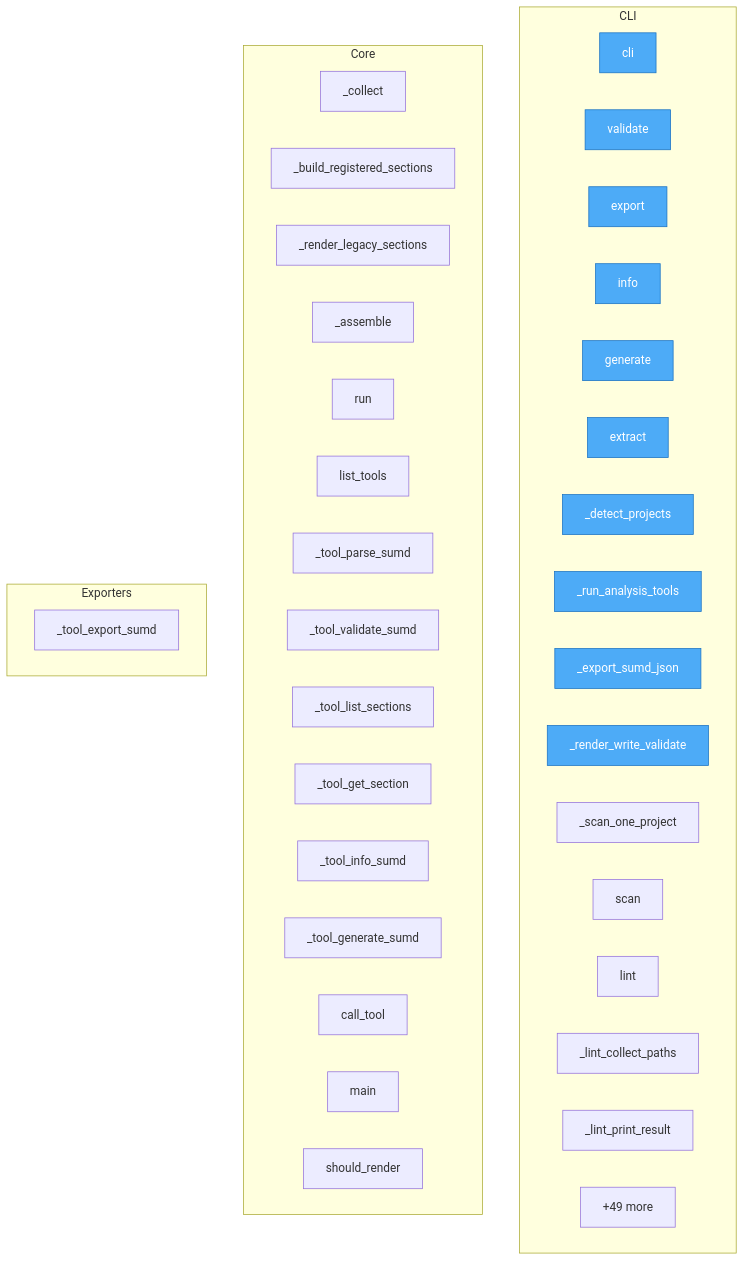
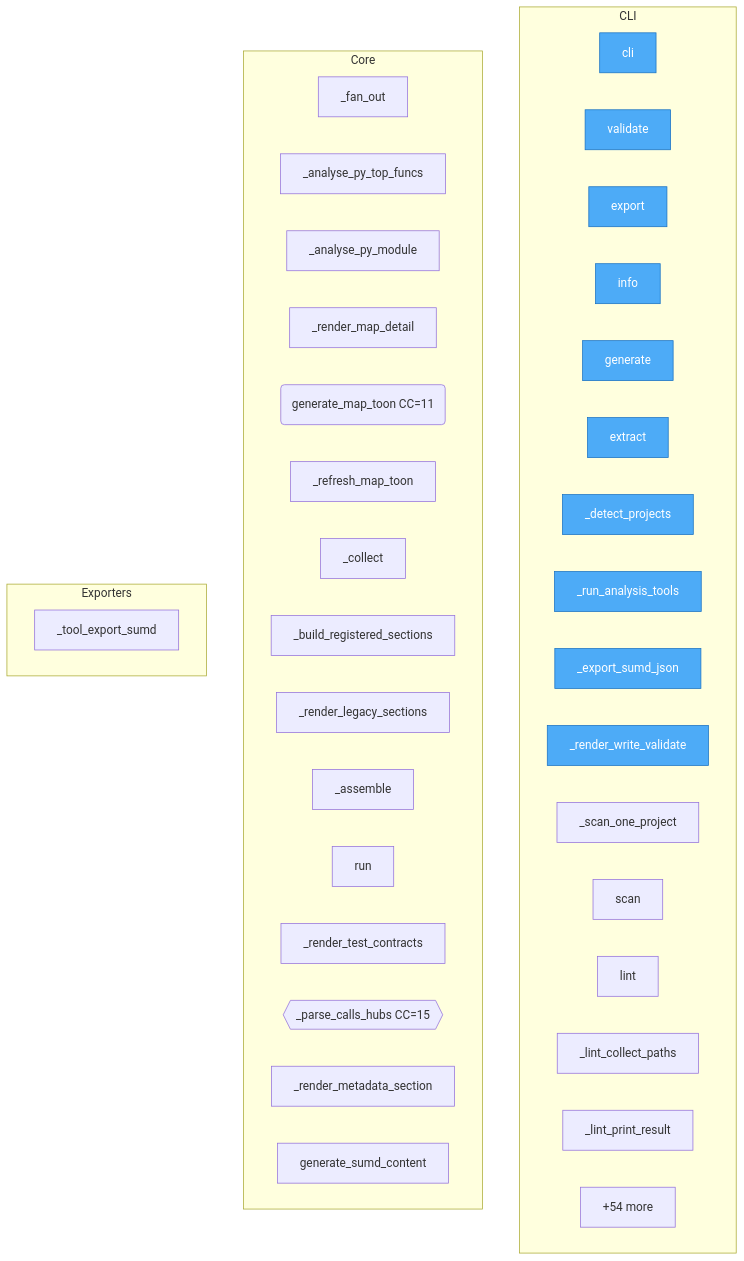
One commit to oqlos/statement changed the diagram in project/flow.mmd. Above: the diagram before and after it, drawn with Mermaid. The commit also changed 23 other files, not shown here.

```diff
--- a/project/flow.mmd
+++ b/project/flow.mmd
@@ -1,48 +1,48 @@
 flowchart TD
 
     %% Entry points (blue)
     classDef entry fill:#4dabf7,stroke:#1971c2,color:#fff
 
     subgraph CLI
         sumd__cli__cli["cli"]
         sumd__cli__validate["validate"]
         sumd__cli__export["export"]
         sumd__cli__info["info"]
         sumd__cli__generate["generate"]
         sumd__cli__extract["extract"]
         sumd__cli___detect_projects["_detect_projects"]
         sumd__cli___run_analysis_tools["_run_analysis_tools"]
         sumd__cli___export_sumd_json["_export_sumd_json"]
         sumd__cli___render_write_validate["_render_write_validate"]
         sumd__cli___scan_one_project["_scan_one_project"]
         sumd__cli__scan["scan"]
         sumd__cli__lint["lint"]
         sumd__cli___lint_collect_paths["_lint_collect_paths"]
         sumd__cli___lint_print_result["_lint_print_result"]
-        ...["+13 more"]
+        ...["+14 more"]
     end
 
     subgraph Core
+        sumd__extractor___fan_out["_fan_out"]
+        sumd__extractor___analyse_py_top_funcs["_analyse_py_top_funcs"]
+        sumd__extractor___analyse_py_module["_analyse_py_module"]
+        sumd__extractor___render_map_detail["_render_map_detail"]
+        sumd__extractor__generate_map_toon("generate_map_toon CC=11")
+        sumd__pipeline___refresh_map_toon["_refresh_map_toon"]
         sumd__pipeline__RenderPipeline___collect["_collect"]
         sumd__pipeline__RenderPipeline___build_registered_sections["_build_registered_sections"]
         sumd__pipeline__RenderPipeline___render_legacy_sections["_render_legacy_sections"]
         sumd__pipeline__RenderPipeline___assemble["_assemble"]
         sumd__pipeline__RenderPipeline__run["run"]
-        sumd__mcp_server__list_tools["list_tools"]
-        sumd__mcp_server___tool_parse_sumd["_tool_parse_sumd"]
-        sumd__mcp_server___tool_validate_sumd["_tool_validate_sumd"]
-        sumd__mcp_server___tool_list_sections["_tool_list_sections"]
-        sumd__mcp_server___tool_get_section["_tool_get_section"]
-        sumd__mcp_server___tool_info_sumd["_tool_info_sumd"]
-        sumd__mcp_server___tool_generate_sumd["_tool_generate_sumd"]
-        sumd__mcp_server__call_tool["call_tool"]
-        sumd__mcp_server__main["main"]
-        sumd__sections__interfaces__InterfacesSection__should_render["should_render"]
-        ...["+49 more"]
+        sumd__renderer___render_test_contracts["_render_test_contracts"]
+        sumd__renderer___parse_calls_hubs{{_parse_calls_hubs CC=15}}
+        sumd__renderer___render_metadata_section["_render_metadata_section"]
+        sumd__renderer__generate_sumd_content["generate_sumd_content"]
+        ...["+54 more"]
     end
 
     subgraph Exporters
         sumd__mcp_server___tool_export_sumd["_tool_export_sumd"]
     end
 
     class sumd__cli__cli,sumd__cli__validate,sumd__cli__export,sumd__cli__info,sumd__cli__generate,sumd__cli__extract,sumd__cli___detect_projects,sumd__cli___run_analysis_tools,sumd__cli___export_sumd_json,sumd__cli___render_write_validate entry
```
